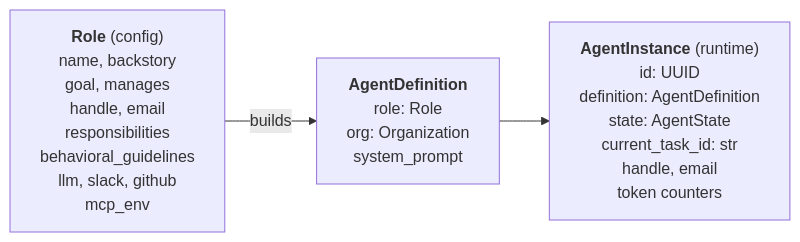
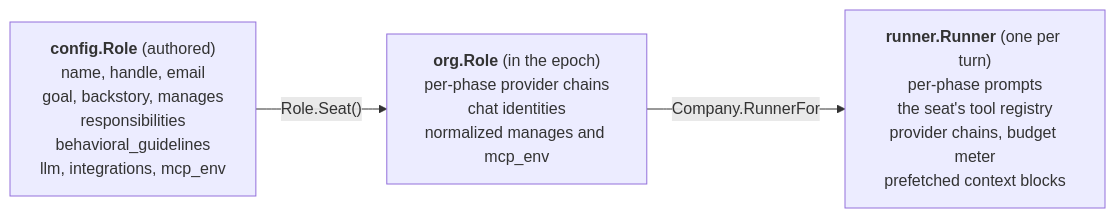
Before and after one commit to crewlet/crewlet: the first of 4 diagrams in docs/concepts/agent-runtime.md, drawn with Mermaid. The commit also changed other lines of this file, not shown here.

First line of the commit message:
docs(concepts): describe the agent runtime the engine actually runs

````diff
--- a/docs/concepts/agent-runtime.md
+++ b/docs/concepts/agent-runtime.md
@@ -29,7 +23,7 @@
 ```mermaid
 flowchart LR
-    R["<b>Role</b> (config)<br/>name, backstory<br/>goal, manages<br/>handle, email<br/>responsibilities<br/>behavioral_guidelines<br/>llm, slack, github<br/>mcp_env"]
-    D["<b>AgentDefinition</b><br/>role: Role<br/>org: Organization<br/>system_prompt"]
-    I["<b>AgentInstance</b> (runtime)<br/>id: UUID<br/>definition: AgentDefinition<br/>state: AgentState<br/>current_task_id: str<br/>handle, email<br/>token counters"]
-    R -->|builds| D --> I
+    R["<b>config.Role</b> (authored)<br/>name, handle, email<br/>goal, backstory, manages<br/>responsibilities<br/>behavioral_guidelines<br/>llm, integrations, mcp_env"]
+    S["<b>org.Role</b> (in the epoch)<br/>per-phase provider chains<br/>chat identities<br/>normalized manages and mcp_env"]
+    T["<b>runner.Runner</b> (one per turn)<br/>per-phase prompts<br/>the seat's tool registry<br/>provider chains, budget meter<br/>prefetched context blocks"]
+    R -->|"Role.Seat()"| S -->|"Company.RunnerFor"| T
 ```
````
